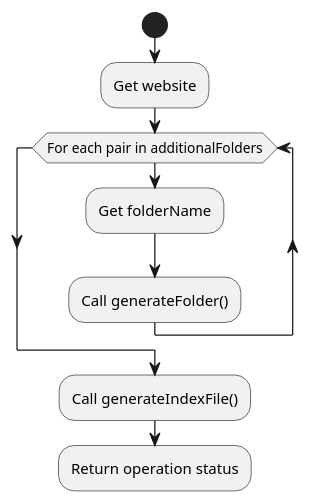
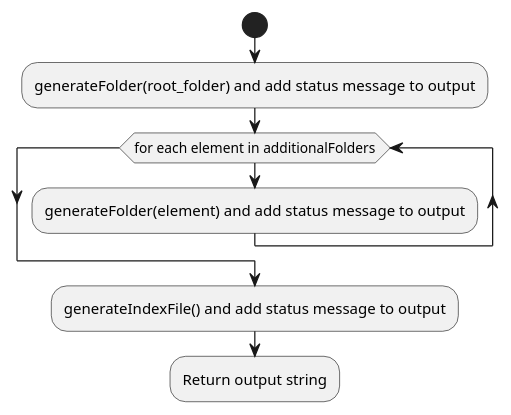
Before and after one commit to mplekunov/Assignment_3: the diagram in src/main/resources/ex43/ActivityDiagrams/generateWebsite.puml, drawn with PlantUML. The commit also changed 155 other files, not shown here.

```diff
--- a/src/main/resources/ex43/ActivityDiagrams/generateWebsite.puml
+++ b/src/main/resources/ex43/ActivityDiagrams/generateWebsite.puml
@@ -1,15 +1,14 @@
 @startuml
 'https://plantuml.com/activity-diagram-beta
 
 start
-    :Get website;
+    :generateFolder(root_folder) and add status message to output;
 
-    while (For each pair in additionalFolders)
-        :Get folderName;
-        :Call generateFolder();
-    endwhile;
+    while(for each element in additionalFolders)
+        :generateFolder(element) and add status message to output;
+    endwhile
 
-    :Call generateIndexFile();
+    :generateIndexFile() and add status message to output;
 
-    :Return operation status;
+    :Return output string;
 @enduml
```
